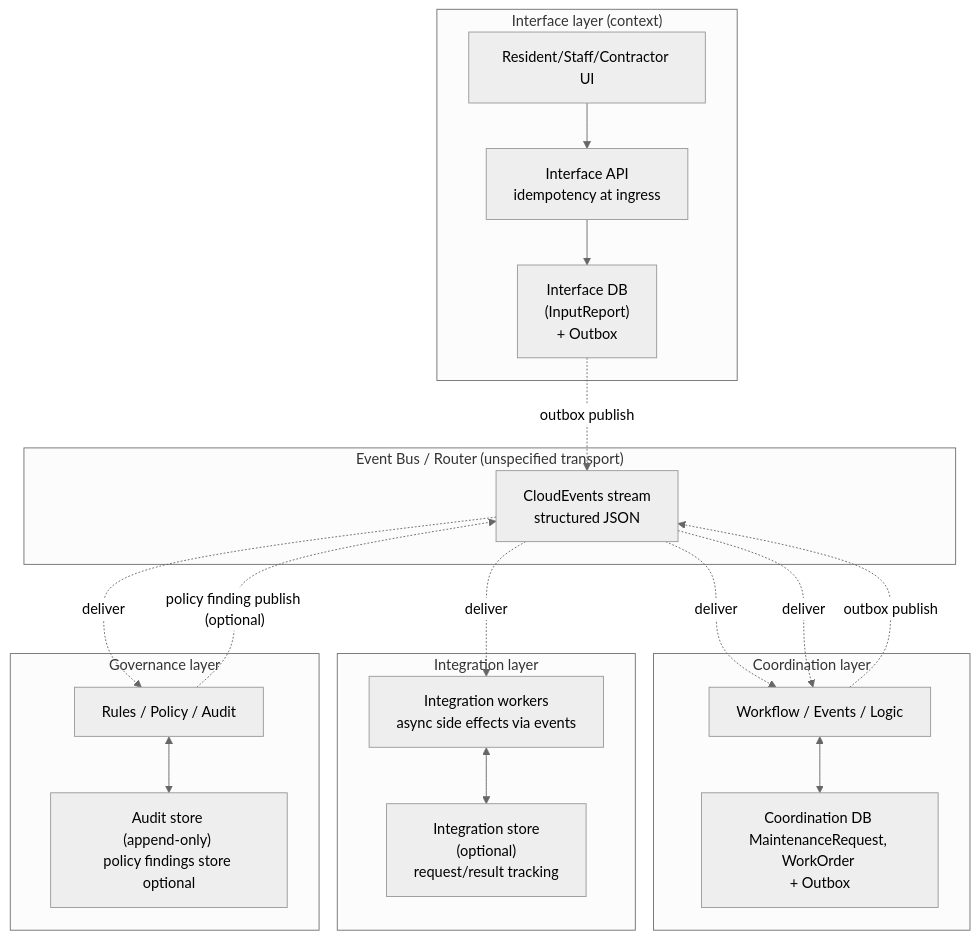
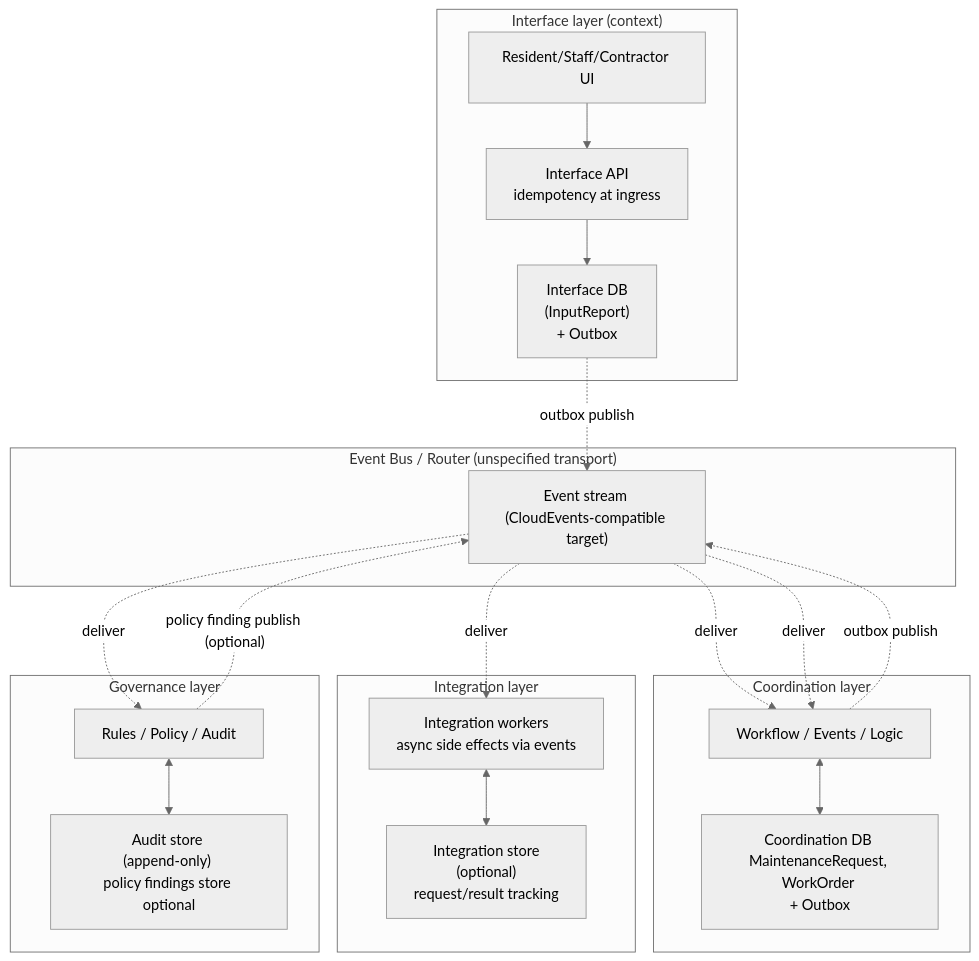
One commit to papa-halan/fixhub-v1_r changed the sixth of 6 diagrams in README.md. Above: the diagram before and after it, drawn with Mermaid (neutral theme). The commit also changed other lines of this file and 19 other files, not shown here.

````diff
--- a/README.md
+++ b/README.md
@@ -417,39 +484,39 @@
 ```mermaid
 flowchart TB
   subgraph IF["Interface layer (context)"]
     UI["Resident/Staff/Contractor UI"]
     IFAPI["Interface API \nidempotency at ingress"]
     IFDB["Interface DB \n(InputReport) \n+ Outbox"]
     UI --> IFAPI --> IFDB
   end
 
   subgraph BUS["Event Bus / Router (unspecified transport)"]
-    EB["CloudEvents stream \nstructured JSON"]
+    EB["Event stream \n(CloudEvents-compatible target)"]
   end
 
   subgraph CO["Coordination layer"]
     COSVC["Workflow / Events / Logic"]
     CODB["Coordination DB \nMaintenanceRequest, WorkOrder \n+ Outbox"]
     COSVC <--> CODB
   end
 
   subgraph IN["Integration layer"]
     INSVC["Integration workers \nasync side effects via events"]
     INDB["Integration store \n(optional) \nrequest/result tracking"]
     INSVC <--> INDB
   end
 
   subgraph GOV["Governance layer"]
     GOVSVC["Rules / Policy / Audit"]
     AUDS["Audit store \n(append-only) \npolicy findings store optional"]
     GOVSVC <--> AUDS
   end
 
   IFDB -.->|"outbox publish"| EB
   EB -.->|"deliver"| COSVC
   COSVC -.->|"outbox publish"| EB
   EB -.->|"deliver"| INSVC
   EB -.->|"deliver"| GOVSVC
   GOVSVC -.->|"policy finding publish (optional)"| EB
   EB -.->|"deliver"| COSVC
 ```
````
